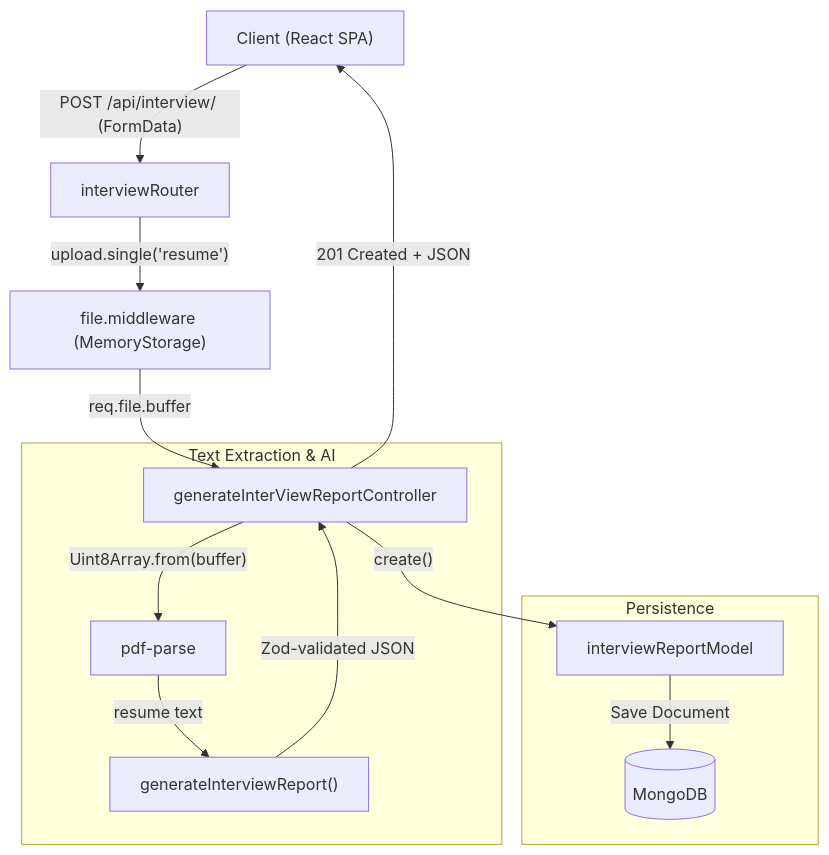
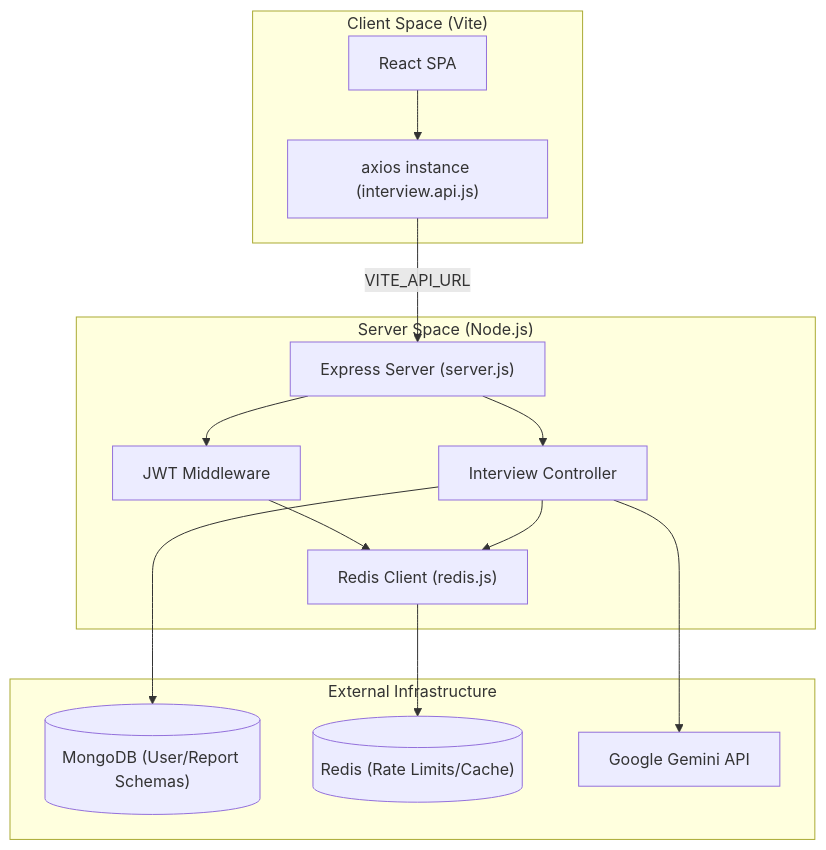
One commit to harshitzofficial/Job-Prep-Platform changed the third of 15 diagrams in README.md. Above: the diagram before and after it, drawn with Mermaid. The commit also changed other lines of this file, not shown here.

````diff
--- a/README.md
+++ b/README.md
@@ -314,19 +304,30 @@
 ```mermaid
 graph TD
-    Client["Client (React SPA)"] -- "POST /api/interview/ (FormData)" --> Route["interviewRouter"]
-    Route -- "upload.single('resume')" --> Multer["file.middleware (MemoryStorage)"]
-    Multer -- "req.file.buffer" --> Controller["generateInterViewReportController"]
-
-    subgraph "Text Extraction & AI"
-        Controller -- "Uint8Array.from(buffer)" --> PDFParse["pdf-parse"]
-        PDFParse -- "resume text" --> AIService["generateInterviewReport()"]
-        AIService -- "Zod-validated JSON" --> Controller
+    subgraph "Client Space (Vite)"
+        UI["React SPA"]
+        API_CLIENT["axios instance (interview.api.js)"]
     end
-
-    subgraph "Persistence"
-        Controller -- "create()" --> Mongoose["interviewReportModel"]
-        Mongoose -- "Save Document" --> MongoDB[("MongoDB")]
+ 
+    subgraph "Server Space (Node.js)"
+        EXPRESS["Express Server (server.js)"]
+        AUTH_MW["JWT Middleware"]
+        INT_CTRL["Interview Controller"]
+        REDIS_CLIENT["Redis Client (redis.js)"]
     end
-
-    Controller -- "201 Created + JSON" --> Client
+ 
+    subgraph "External Infrastructure"
+        MONGO_DB[("MongoDB (User/Report Schemas)")]
+        REDIS_DB[("Redis (Rate Limits/Cache)")]
+        GEMINI_AI["Google Gemini API"]
+    end
+ 
+    UI --> API_CLIENT
+    API_CLIENT -- "VITE_API_URL" --> EXPRESS
+    EXPRESS --> AUTH_MW
+    AUTH_MW --> REDIS_CLIENT
+    EXPRESS --> INT_CTRL
+    INT_CTRL --> MONGO_DB
+    INT_CTRL --> REDIS_CLIENT
+    INT_CTRL --> GEMINI_AI
+    REDIS_CLIENT --> REDIS_DB
 ```
````
